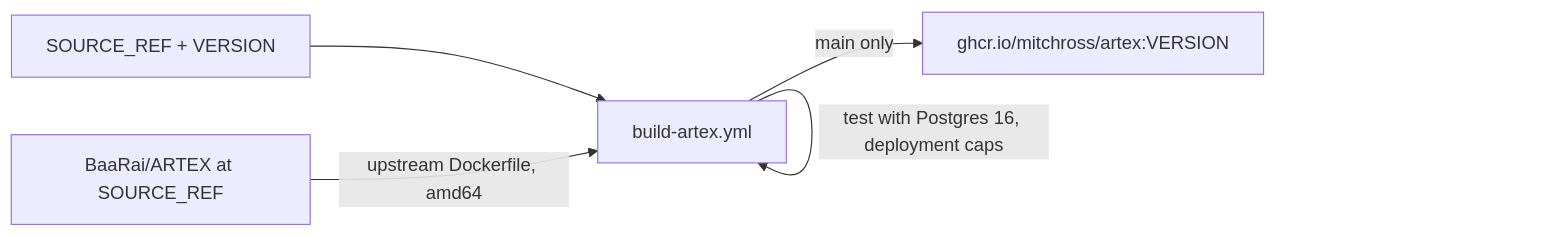
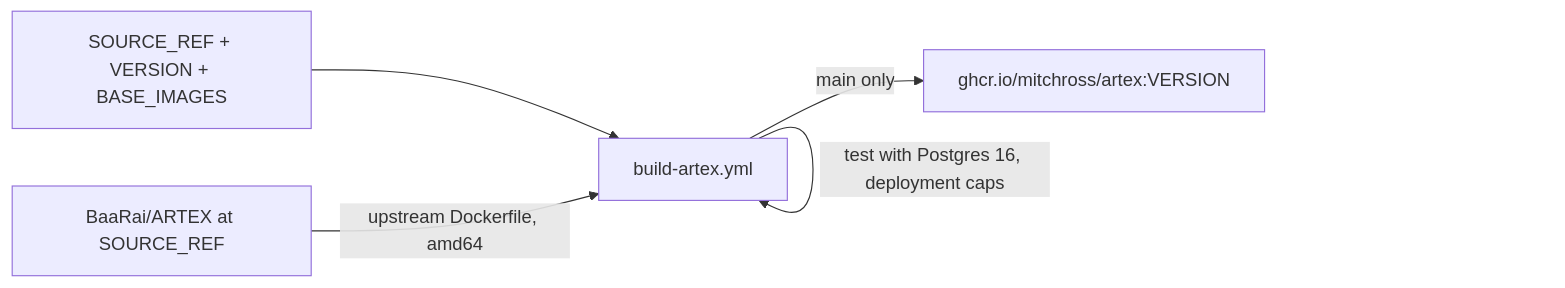
The diagram in images/artex/README.md (mitchross/homelab-images), drawn with Mermaid before and after one commit. The commit also changed other lines of this file and 4 other files, not shown here.

Commit message:
artex: log in before the tag check, test every run, push the tested image and pin base tags by digest

````diff
--- a/images/artex/README.md
+++ b/images/artex/README.md
@@ -8,7 +9,7 @@
 ```mermaid
 flowchart LR
-  Ref[SOURCE_REF + VERSION] --> WF[build-artex.yml]
+  Ref[SOURCE_REF + VERSION + BASE_IMAGES] --> WF[build-artex.yml]
   Up[BaaRai/ARTEX at SOURCE_REF] -->|upstream Dockerfile, amd64| WF
   WF -->|test with Postgres 16, deployment caps| WF
   WF -->|main only| GHCR[ghcr.io/mitchross/artex:VERSION]
 ```
````
